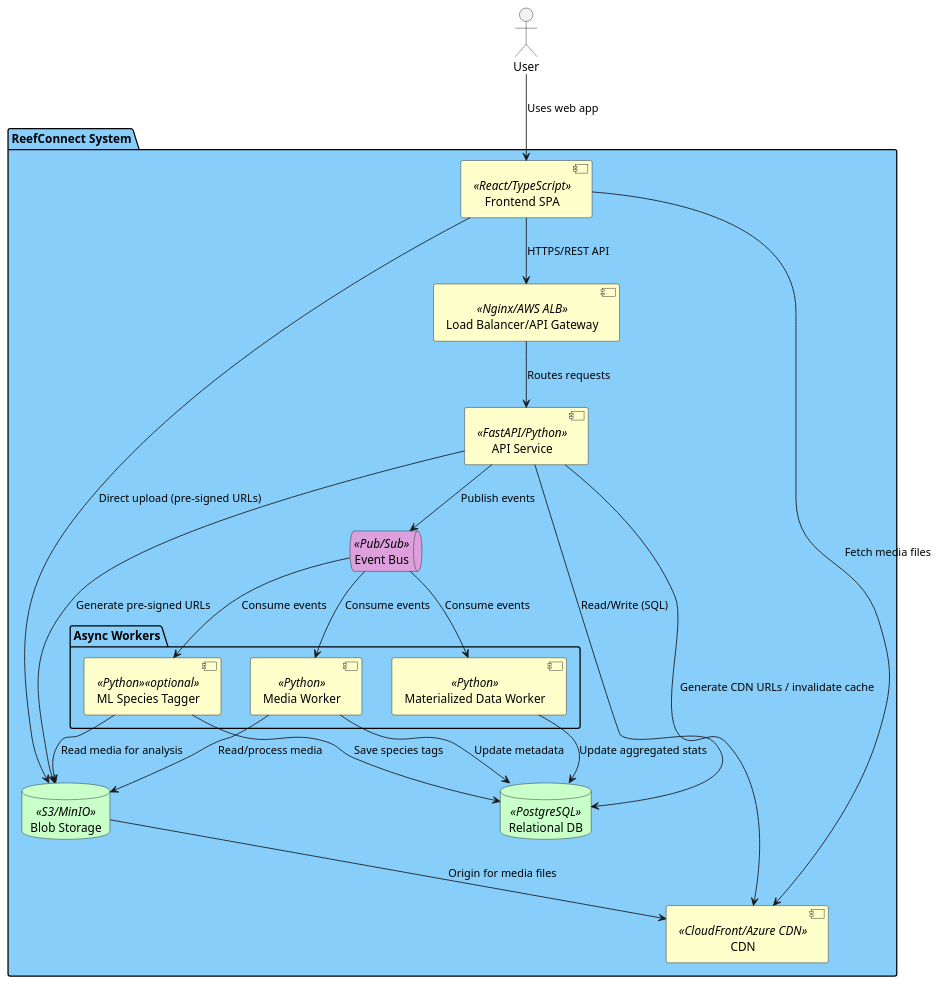
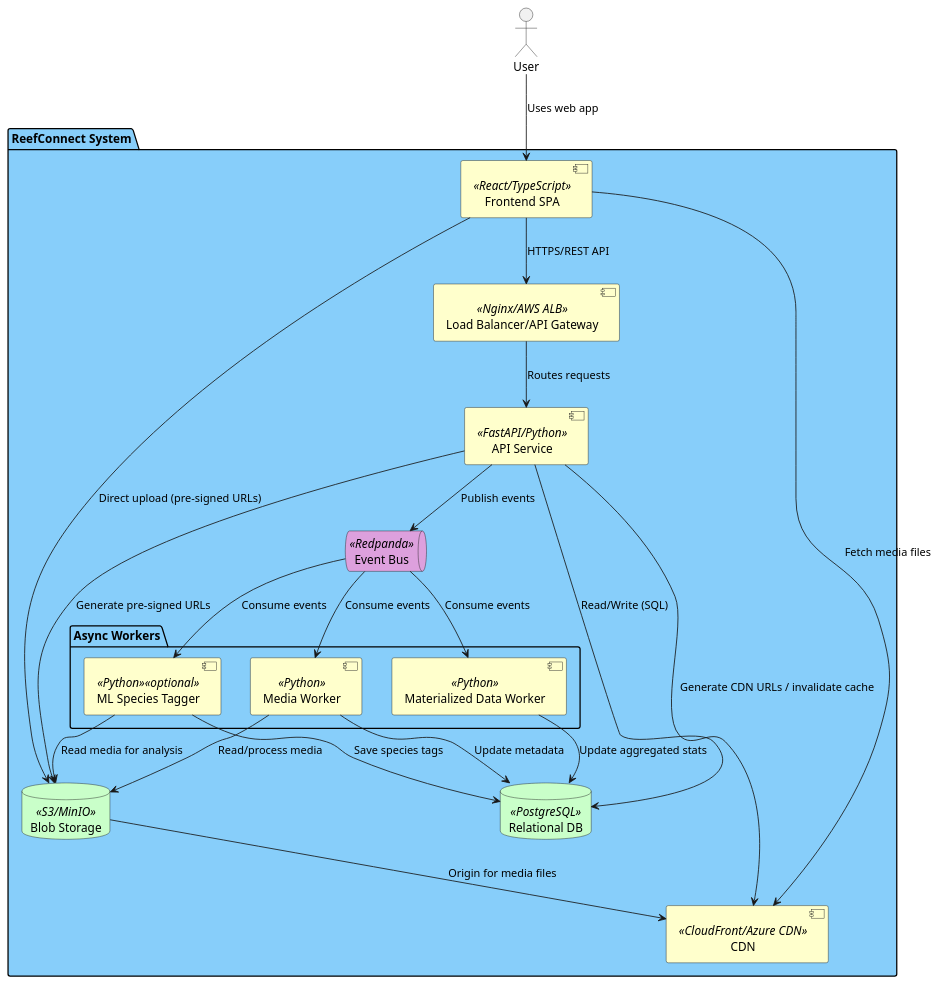
One commit to MikeF0007/reef-connect changed the diagram in designs/container_diagram.puml. Above: the diagram before and after it, drawn with PlantUML. The commit also changed 19 other files, not shown here.

```diff
--- a/designs/container_diagram.puml
+++ b/designs/container_diagram.puml
@@ -1,79 +1,79 @@
 @startuml
 
 skinparam component {
     backgroundColor Business
     backgroundColor<<out of scope>> Silver
 }
 
 skinparam package {
     backgroundColor LightSkyBlue
     backgroundColor<<out of scope>> Silver
 }
 
 skinparam database {
     backgroundColor Technology
 }
 
 skinparam queue {
     backgroundColor Plum
 }
 
 ' External Actor
 actor "User" as user
 
 package "ReefConnect System" {
 
     ' Client Layer
     component "Frontend SPA" as frontend <<React/TypeScript>>
 
     ' Infrastructure Layer
     component "Load Balancer/API Gateway" as lb <<Nginx/AWS ALB>>
     component "CDN" as cdn <<CloudFront/Azure CDN>>
 
     ' Service Layer
     component "API Service" as api <<FastAPI/Python>>
 
     ' Worker Layer
     package "Async Workers" {
         component "Media Worker" as media_worker <<Python>>
         component "ML Species Tagger" as ml_worker <<Python>> <<optional>>
         component "Materialized Data Worker" as materialized_data_worker <<Python>>
     }
 
     ' Data Layer
     database "Relational DB" as db <<PostgreSQL>>
     database "Blob Storage" as blob <<S3/MinIO>>
-    queue "Event Bus" as event_bus <<Pub/Sub>>
+    queue "Event Bus" as event_bus <<Redpanda>>
 }
 
 ' User interactions
 user --> frontend : Uses web app
 
 ' Frontend interactions
 frontend --> lb : HTTPS/REST API
 frontend --> cdn : Fetch media files
 frontend --> blob : Direct upload (pre-signed URLs)
 
 ' Infrastructure interactions
 lb --> api : Routes requests
 blob --> cdn : Origin for media files
 
 ' API Service interactions
 api --> db : Read/Write (SQL)
 api --> blob : Generate pre-signed URLs
 api --> cdn : Generate CDN URLs / invalidate cache
 api --> event_bus : Publish events
 
 ' Event Bus to Workers
 event_bus --> media_worker : Consume events
 event_bus --> ml_worker : Consume events
 event_bus --> materialized_data_worker : Consume events
 
 ' Worker interactions
 media_worker --> blob : Read/process media
 media_worker --> db : Update metadata
 ml_worker --> blob : Read media for analysis
 ml_worker --> db : Save species tags
 materialized_data_worker --> db : Update aggregated stats
 
 @enduml
```
